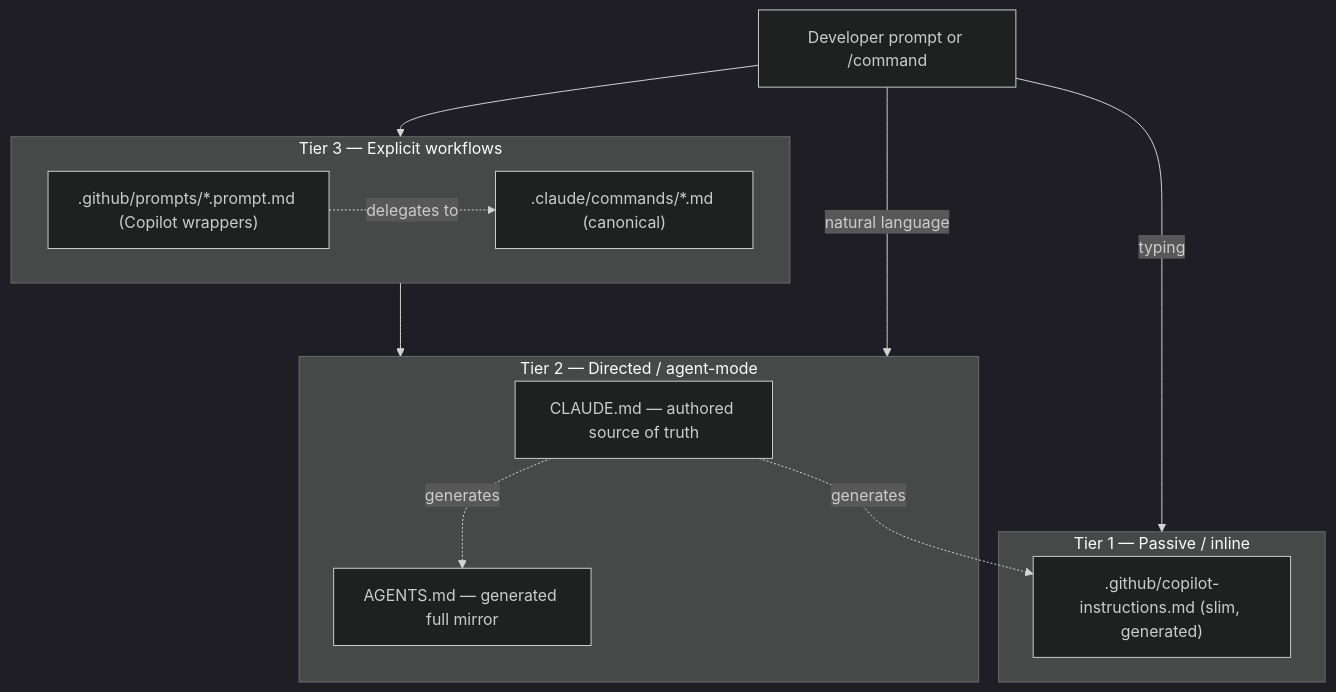
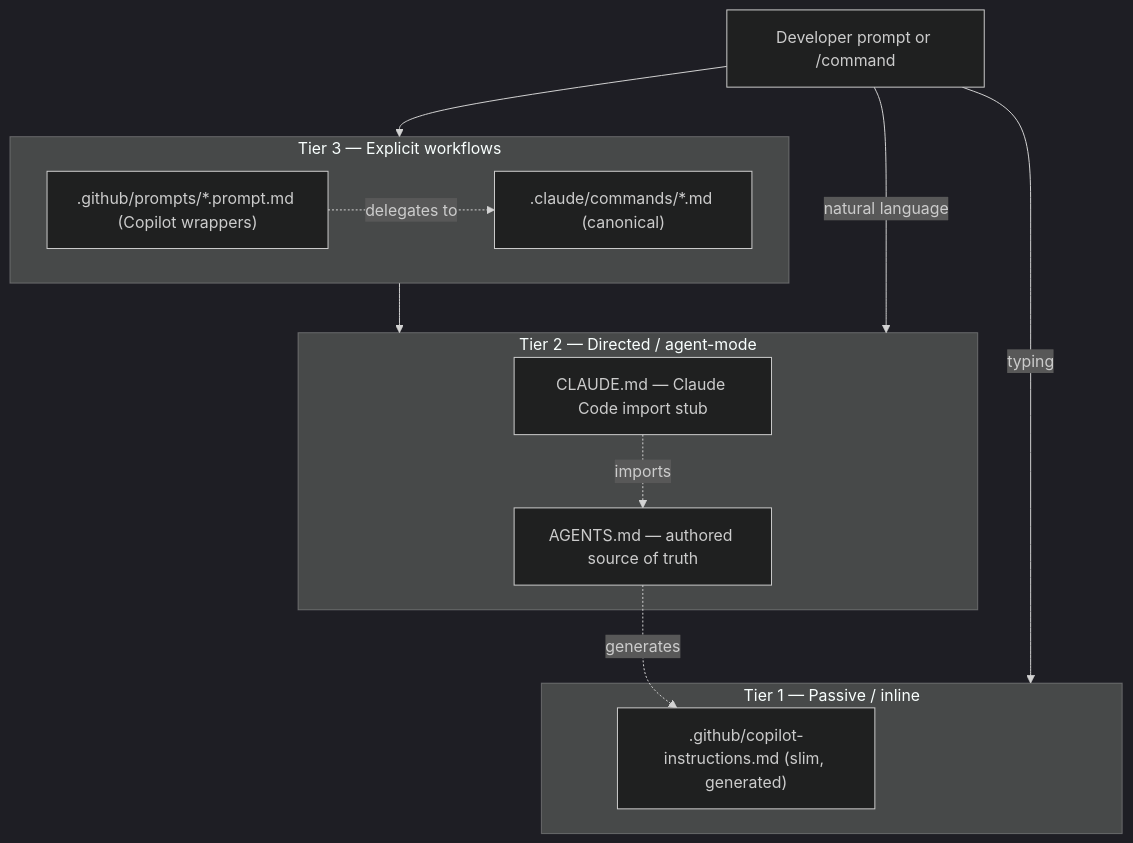
The first of 3 diagrams in src/stacks/angular/files/docs/ARCHITECTURE.md (andreoucostas/ai-tech-lead), drawn with Mermaid (dark theme) before and after one commit. The commit also changed other lines of this file and 507 other files, not shown here.

````diff
--- a/src/stacks/angular/files/docs/ARCHITECTURE.md
+++ b/src/stacks/angular/files/docs/ARCHITECTURE.md
@@ -18,21 +18,21 @@
 ```mermaid
 flowchart TD
     Dev[Developer prompt or /command]
     subgraph T3[Tier 3 — Explicit workflows]
       C[".claude/commands/*.md (canonical)"]
       P[".github/prompts/*.prompt.md (Copilot wrappers)"]
     end
     subgraph T2[Tier 2 — Directed / agent-mode]
-      CL[CLAUDE.md — authored source of truth]
-      AG[AGENTS.md — generated full mirror]
+      CL[CLAUDE.md — Claude Code import stub]
+      AG[AGENTS.md — authored source of truth]
     end
     subgraph T1[Tier 1 — Passive / inline]
       CI[".github/copilot-instructions.md (slim, generated)"]
     end
     Dev --> T3 --> T2
     Dev -->|natural language| T2
     Dev -->|typing| T1
-    CL -. generates .-> AG
-    CL -. generates .-> CI
+    CL -. imports .-> AG
+    AG -. generates .-> CI
     P -. delegates to .-> C
 ```
````
